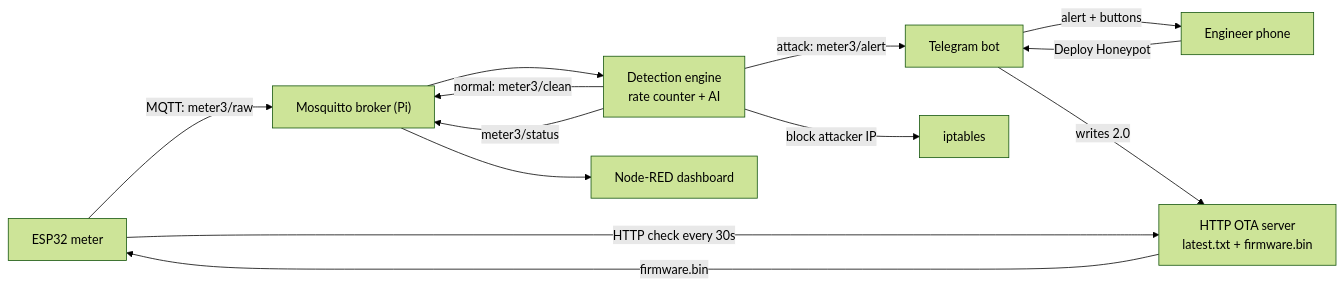
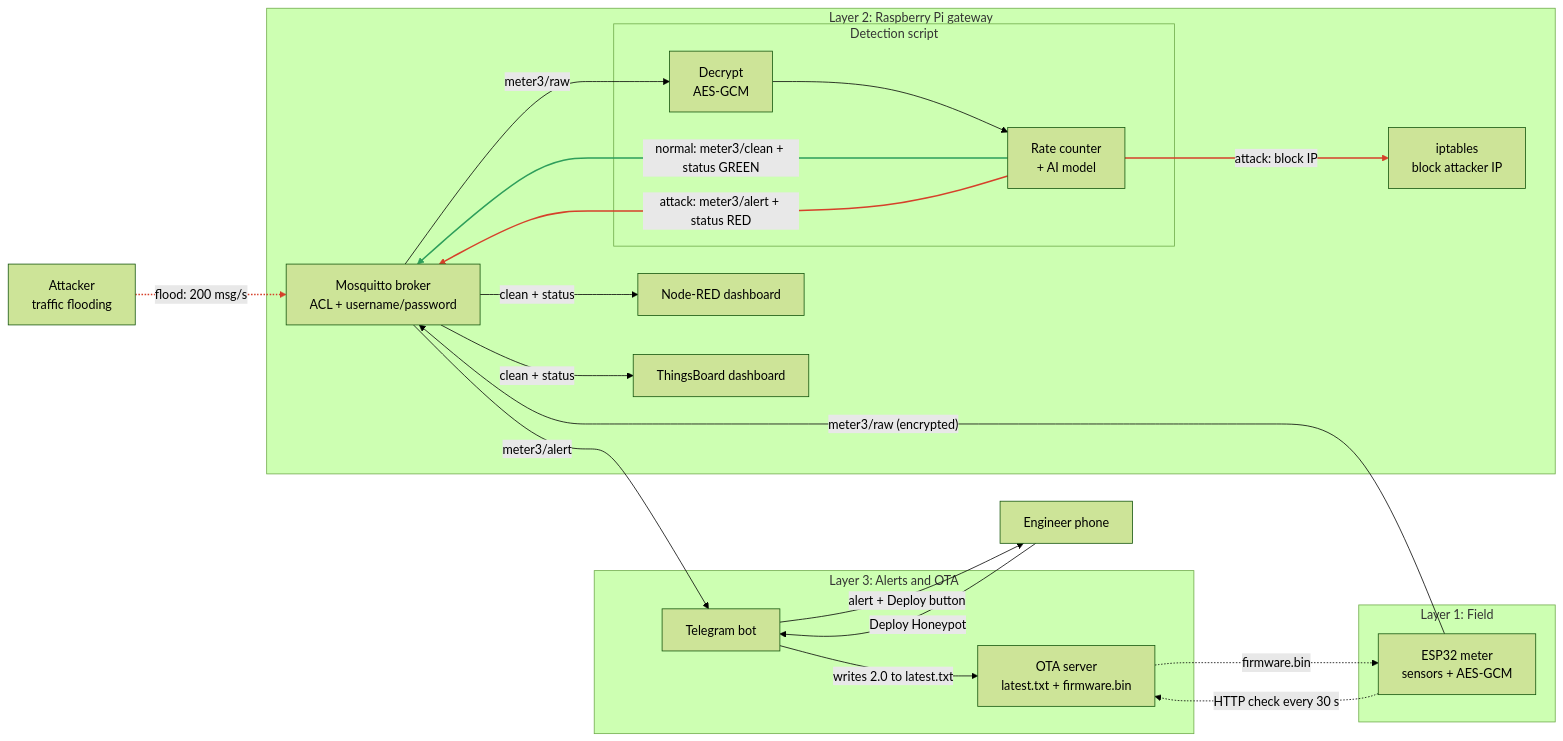
The diagram in docs/architecture.md (HaneenHany/Edge-Deception-Gateway), drawn with Mermaid (forest theme) before and after one commit.

Commit message:
Enhance architecture documentation with flowchart
Added detailed flowchart for system architecture including layers and components.

````diff
--- a/docs/architecture.md
+++ b/docs/architecture.md
@@ -7,15 +7,45 @@
 ```mermaid
 flowchart LR
-  ESP["ESP32 meter"] -->|"MQTT: meter3/raw"| MQ["Mosquitto broker (Pi)"]
-  MQ --> DET["Detection engine<br/>rate counter + AI"]
-  DET -->|"normal: meter3/clean"| MQ
-  DET -->|"meter3/status"| MQ
-  MQ --> NR["Node-RED dashboard"]
-  DET -->|"attack: meter3/alert"| BOT["Telegram bot"]
-  DET -->|"block attacker IP"| FW["iptables"]
-  BOT -->|"alert + buttons"| PHONE["Engineer phone"]
-  PHONE -->|"Deploy Honeypot"| BOT
-  BOT -->|"writes 2.0"| OTA["HTTP OTA server<br/>latest.txt + firmware.bin"]
-  ESP -->|"HTTP check every 30s"| OTA
-  OTA -->|"firmware.bin"| ESP
+  ATK["Attacker<br/>traffic flooding"]
+
+  subgraph L1["Layer 1: Field"]
+    ESP["ESP32 meter<br/>sensors + AES-GCM"]
+  end
+
+  subgraph L2["Layer 2: Raspberry Pi gateway"]
+    BR["Mosquitto broker<br/>ACL + username/password"]
+    subgraph DET["Detection script"]
+      DEC["Decrypt<br/>AES-GCM"]
+      AI["Rate counter<br/>+ AI model"]
+    end
+    FW["iptables<br/>block attacker IP"]
+    NR["Node-RED dashboard"]
+    TB["ThingsBoard dashboard"]
+  end
+
+  subgraph L3["Layer 3: Alerts and OTA"]
+    BOT["Telegram bot"]
+    OTA["OTA server<br/>latest.txt + firmware.bin"]
+  end
+
+  PH["Engineer phone"]
+
+  ESP -->|"meter3/raw (encrypted)"| BR
+  BR -->|"meter3/raw"| DEC
+  DEC --> AI
+  AI -->|"normal: meter3/clean + status GREEN"| BR
+  AI -->|"attack: meter3/alert + status RED"| BR
+  AI -->|"attack: block IP"| FW
+  BR -->|"clean + status"| NR
+  BR -->|"clean + status"| TB
+  BR -->|"meter3/alert"| BOT
+  BOT -->|"alert + Deploy button"| PH
+  PH -->|"Deploy Honeypot"| BOT
+  BOT -->|"writes 2.0 to latest.txt"| OTA
+  ESP -.->|"HTTP check every 30 s"| OTA
+  OTA -.->|"firmware.bin"| ESP
+  ATK -.->|"flood: 200 msg/s"| BR
+
+  linkStyle 3 stroke:#2e9e5b,stroke-width:2px
+  linkStyle 4,5,14 stroke:#d6402a,stroke-width:2px
 ```
````
